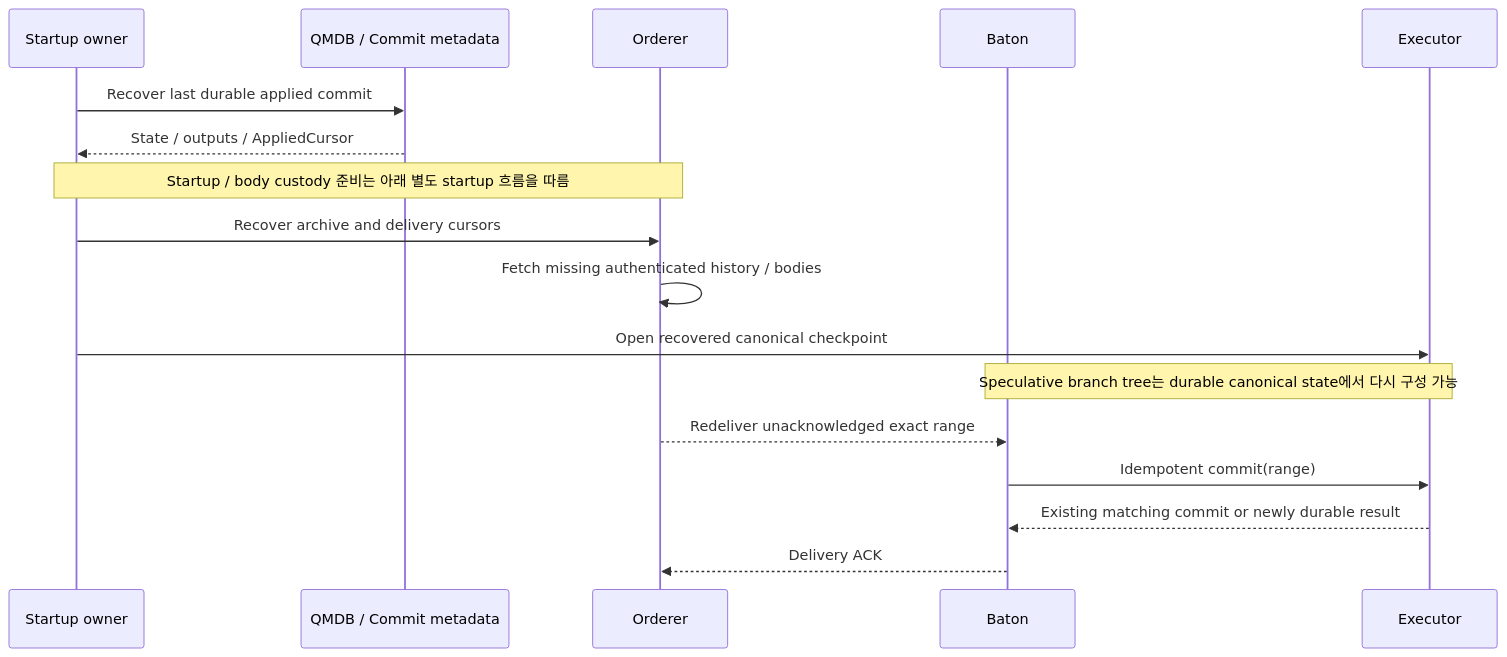
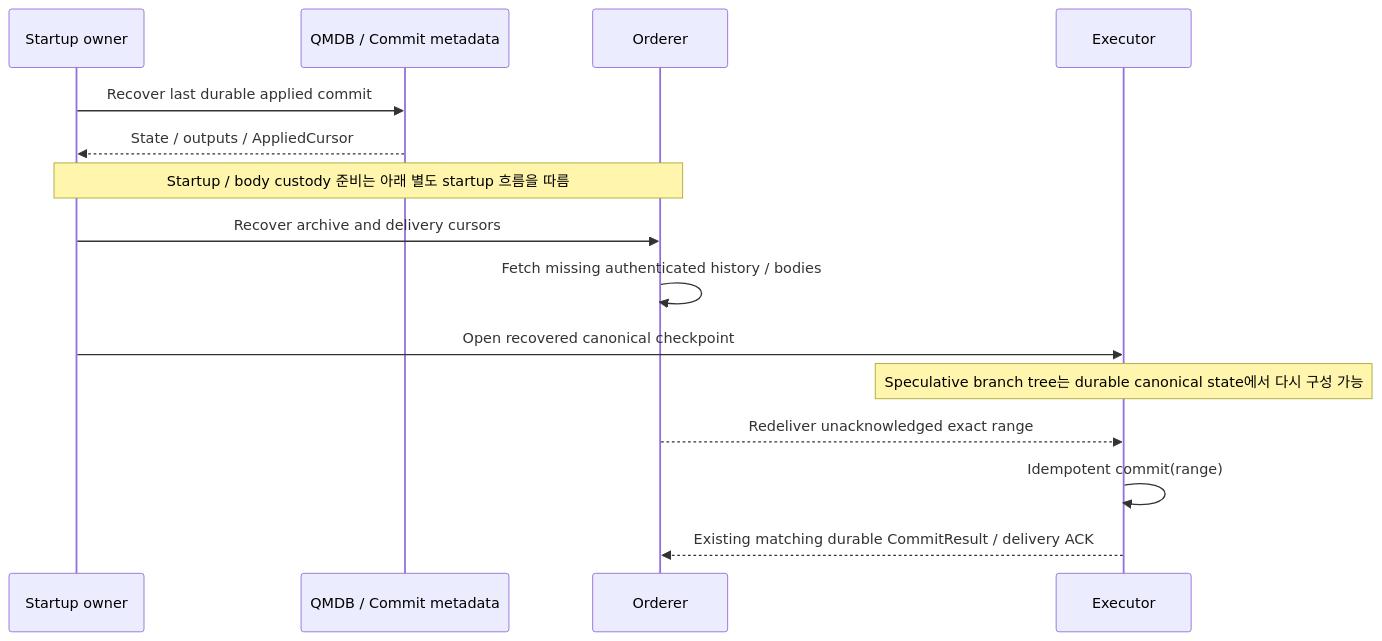
The tenth of 18 diagrams in IMPLEMENTATION_SPEC.md (djm07073/baton-research), drawn with Mermaid before and after one commit. The commit also changed other lines of this file and 30 other files, not shown here.

````diff
--- a/IMPLEMENTATION_SPEC.md
+++ b/IMPLEMENTATION_SPEC.md
@@ -513,19 +524,17 @@
 ```mermaid
 sequenceDiagram
     participant S as Startup owner
     participant Q as QMDB / Commit metadata
     participant M as Orderer
-    participant B as Baton
     participant E as Executor
     S->>Q: Recover last durable applied commit
     Q-->>S: State / outputs / AppliedCursor
     Note over S,M: Startup / body custody 준비는 아래 별도 startup 흐름을 따름
     S->>M: Recover archive and delivery cursors
     M->>M: Fetch missing authenticated history / bodies
     S->>E: Open recovered canonical checkpoint
-    Note over B,E: Speculative branch tree는 durable canonical state에서 다시 구성 가능
-    M-->>B: Redeliver unacknowledged exact range
-    B->>E: Idempotent commit(range)
-    E-->>B: Existing matching commit or newly durable result
-    B-->>M: Delivery ACK
+    Note over E: Speculative branch tree는 durable canonical state에서 다시 구성 가능
+    M-->>E: Redeliver unacknowledged exact range
+    E->>E: Idempotent commit(range)
+    E-->>M: Existing matching durable CommitResult / delivery ACK
 ```
````
